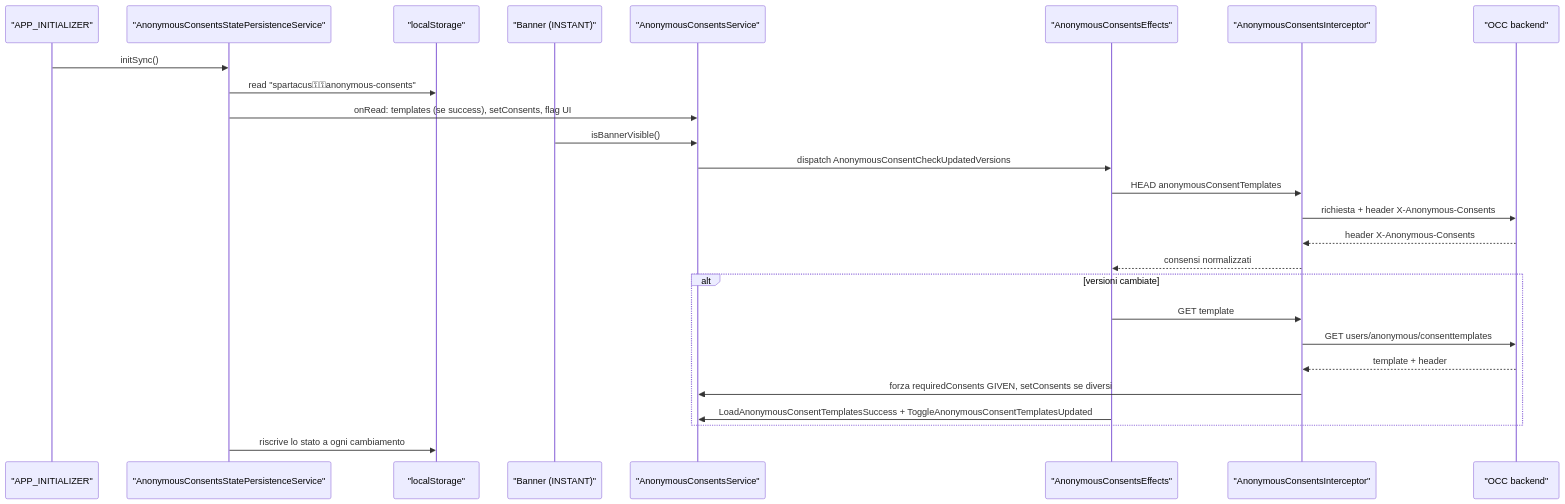
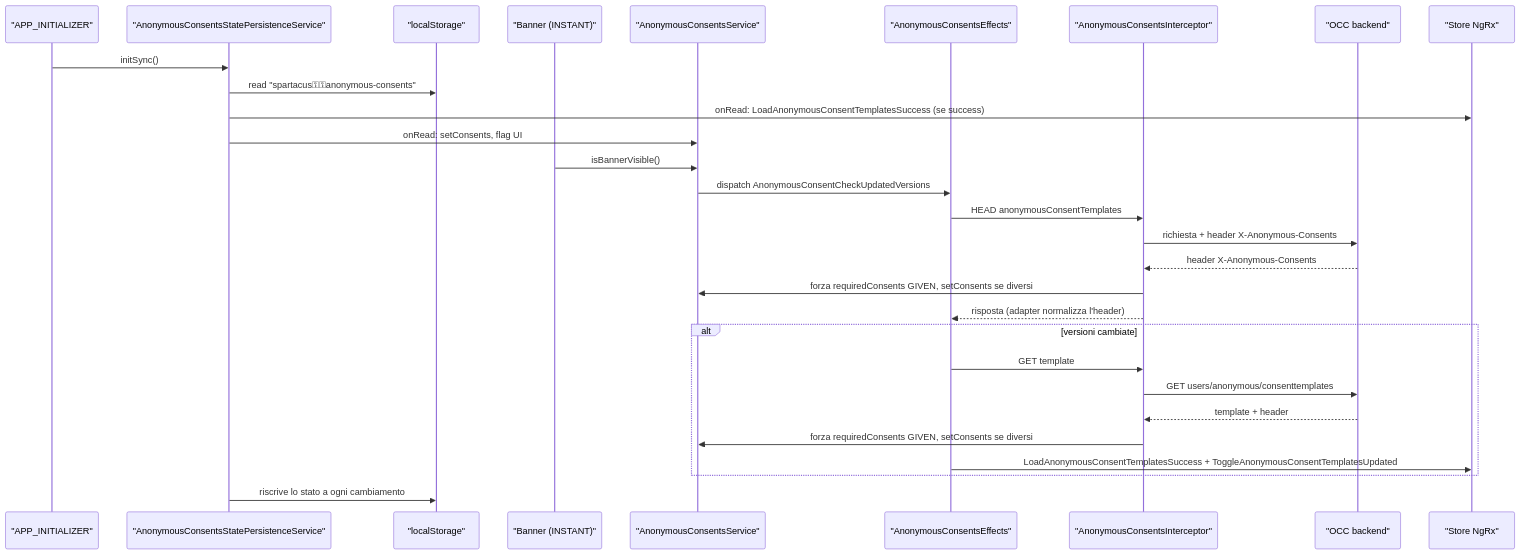
One commit to mgiuditta/spartacus changed the second of 5 diagrams in docs/spartacus-book/parte-2/23-user.md. Above: the diagram before and after it, drawn with Mermaid. The commit also changed other lines of this file and 4 other files, not shown here.

````diff
--- a/docs/spartacus-book/parte-2/23-user.md
+++ b/docs/spartacus-book/parte-2/23-user.md
@@ -227,28 +227,31 @@
 ```mermaid
 sequenceDiagram
   participant INIT as "APP_INITIALIZER"
   participant PERS as "AnonymousConsentsStatePersistenceService"
   participant LS as "localStorage"
   participant BAN as "Banner (INSTANT)"
   participant SVC as "AnonymousConsentsService"
   participant FX as "AnonymousConsentsEffects"
   participant INT as "AnonymousConsentsInterceptor"
   participant OCC as "OCC backend"
+  participant ST as "Store NgRx"
   INIT->>PERS: initSync()
   PERS->>LS: read "spartacus⚿⚿anonymous-consents"
-  PERS->>SVC: onRead: templates (se success), setConsents, flag UI
+  PERS->>ST: onRead: LoadAnonymousConsentTemplatesSuccess (se success)
+  PERS->>SVC: onRead: setConsents, flag UI
   BAN->>SVC: isBannerVisible()
   SVC->>FX: dispatch AnonymousConsentCheckUpdatedVersions
   FX->>INT: HEAD anonymousConsentTemplates
   INT->>OCC: richiesta + header X-Anonymous-Consents
   OCC-->>INT: header X-Anonymous-Consents
-  INT-->>FX: consensi normalizzati
+  INT->>SVC: forza requiredConsents GIVEN, setConsents se diversi
+  INT-->>FX: risposta (adapter normalizza l'header)
   alt versioni cambiate
     FX->>INT: GET template
     INT->>OCC: GET users/anonymous/consenttemplates
     OCC-->>INT: template + header
     INT->>SVC: forza requiredConsents GIVEN, setConsents se diversi
-    FX->>SVC: LoadAnonymousConsentTemplatesSuccess + ToggleAnonymousConsentTemplatesUpdated
+    FX->>ST: LoadAnonymousConsentTemplatesSuccess + ToggleAnonymousConsentTemplatesUpdated
   end
   PERS->>LS: riscrive lo stato a ogni cambiamento
 ```
````
